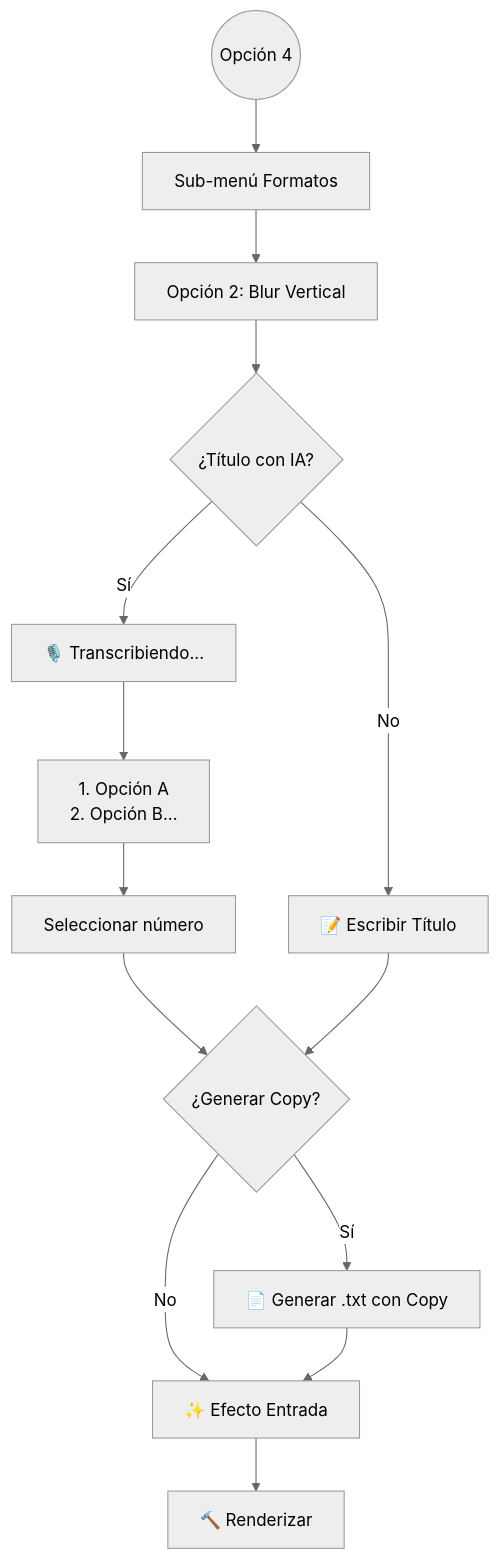
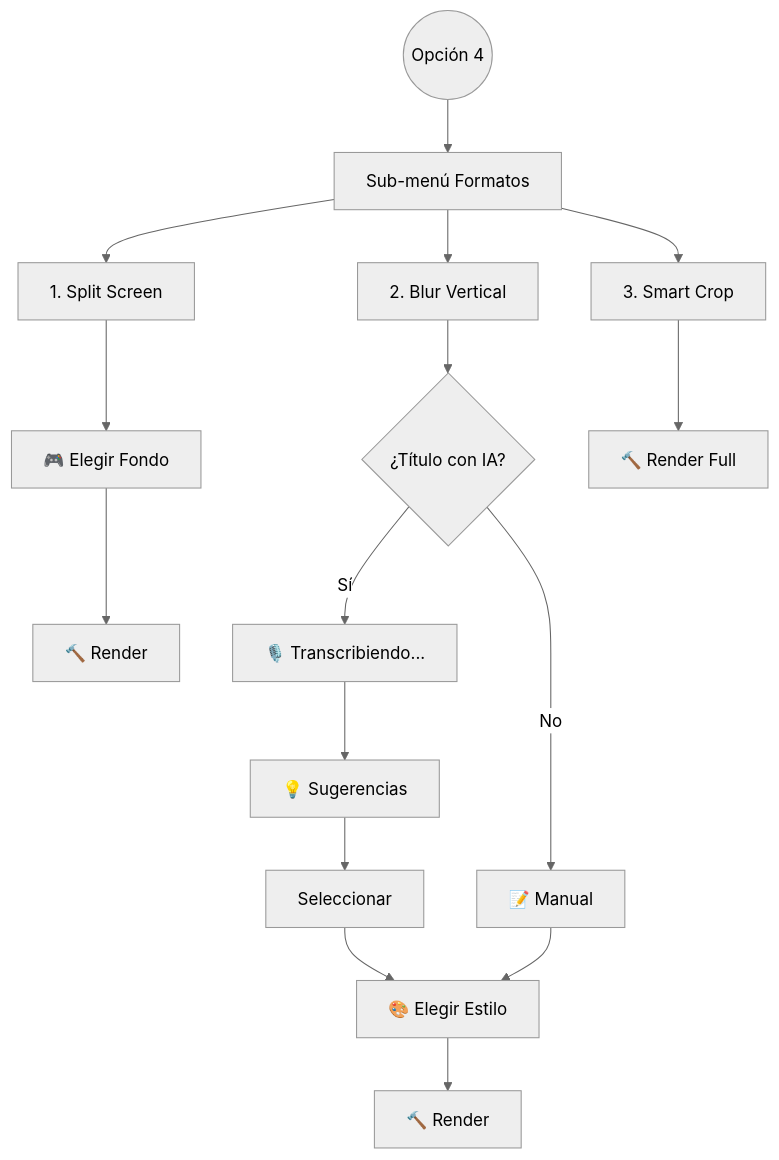
One commit to Cesar1019FV/opus-video-service changed the second of 2 diagrams in docs/es/workflow.md. Above: the diagram before and after it, drawn with Mermaid (neutral theme). The commit also changed other lines of this file and 22 other files, not shown here.

````diff
--- a/docs/es/workflow.md
+++ b/docs/es/workflow.md
@@ -87,20 +84,21 @@
 ```mermaid
 graph TD
     Start((Opción 4)) --> SubMenu[Sub-menú Formatos]
-    SubMenu --> Blur[Opción 2: Blur Vertical]
+    SubMenu --> Split[1. Split Screen]
+    SubMenu --> Blur[2. Blur Vertical]
+    SubMenu --> Smart[3. Smart Crop]
+    
+    Split --> Med[🎮 Elegir Fondo]
+    Med --> RenderS[🔨 Render]
+    
     Blur --> TitleAI{¿Título con IA?}
+    TitleAI -- Sí --> Transcribe[🎙️ Transcribiendo...]
+    Transcribe --> List[💡 Sugerencias]
+    List --> Select[Seleccionar]
+    TitleAI -- No --> Manual[📝 Manual]
+    Select --> Style[🎨 Elegir Estilo]
+    Manual --> Style
+    Style --> RenderB[🔨 Render]
     
-    TitleAI -- Sí --> Transcribe[🎙️ Transcribiendo...]
-    Transcribe --> List[1. Opción A<br>2. Opción B...]
-    List --> Select[Seleccionar número]
-    TitleAI -- No --> Manual[📝 Escribir Título]
-    
-    Select --> SocialAI{¿Generar Copy?}
-    Manual --> SocialAI
-    
-    SocialAI -- Sí --> Copy[📄 Generar .txt con Copy]
-    SocialAI -- No --> Effect[✨ Efecto Entrada]
-    Copy --> Effect
-    
-    Effect --> Build[🔨 Renderizar]
+    Smart --> RenderC[🔨 Render Full]
 ```
````
